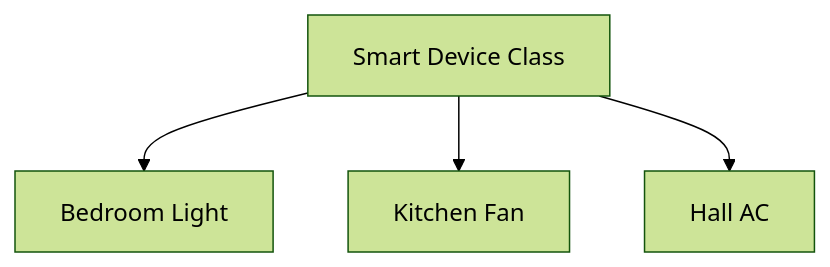
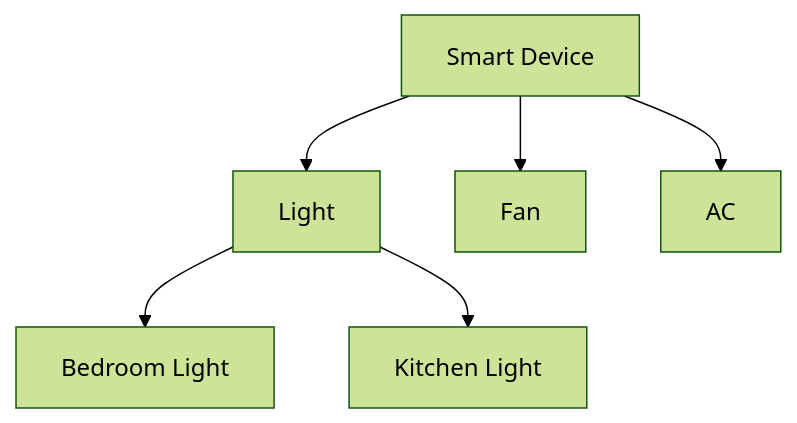
One commit to Subhadip-Paul2006/Kotlin_Programming changed the third of 3 diagrams in chapter_05/README.md. Above: the diagram before and after it, drawn with Mermaid (forest theme). The commit also changed other lines of this file, not shown here.

````diff
--- a/chapter_05/README.md
+++ b/chapter_05/README.md
@@ -841,9 +885,12 @@
 ```mermaid
 flowchart TD
 
-A[Smart Device Class]
+A[Smart Device]
 
-A --> B[Bedroom Light]
-A --> C[Kitchen Fan]
-A --> D[Hall AC]
+A --> B[Light]
+A --> C[Fan]
+A --> D[AC]
+
+B --> E[Bedroom Light]
+B --> F[Kitchen Light]
 ```
````
